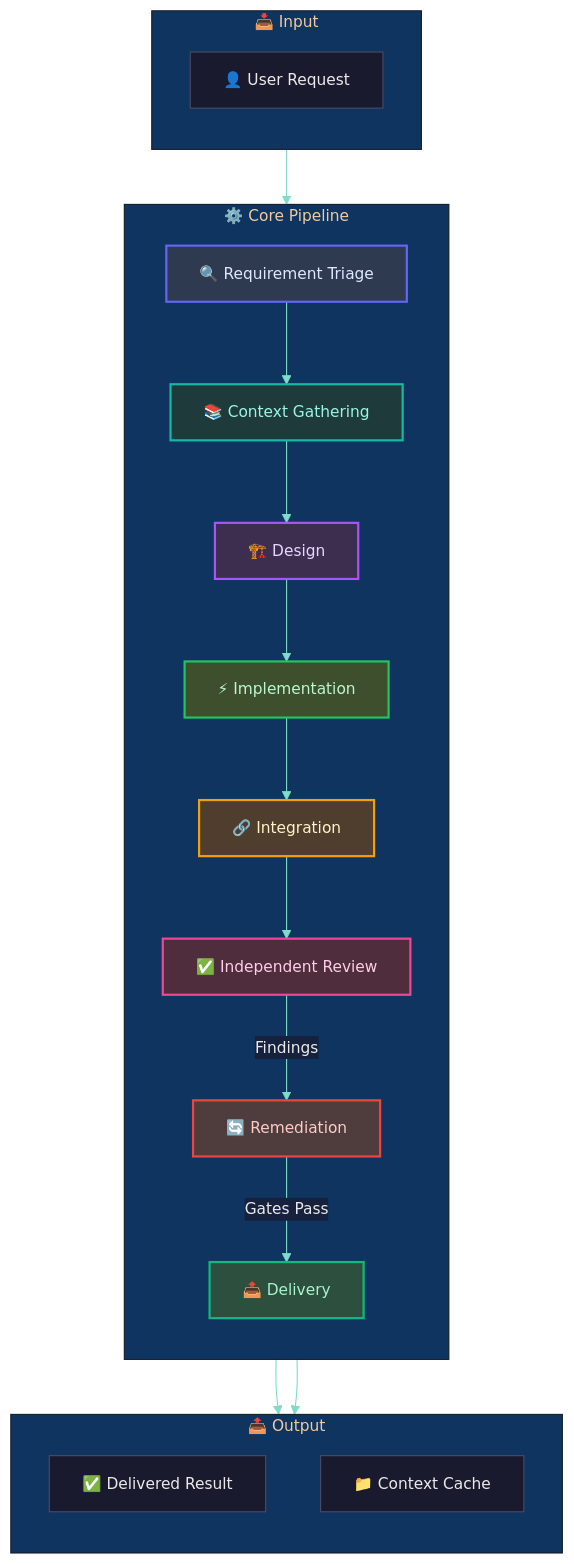
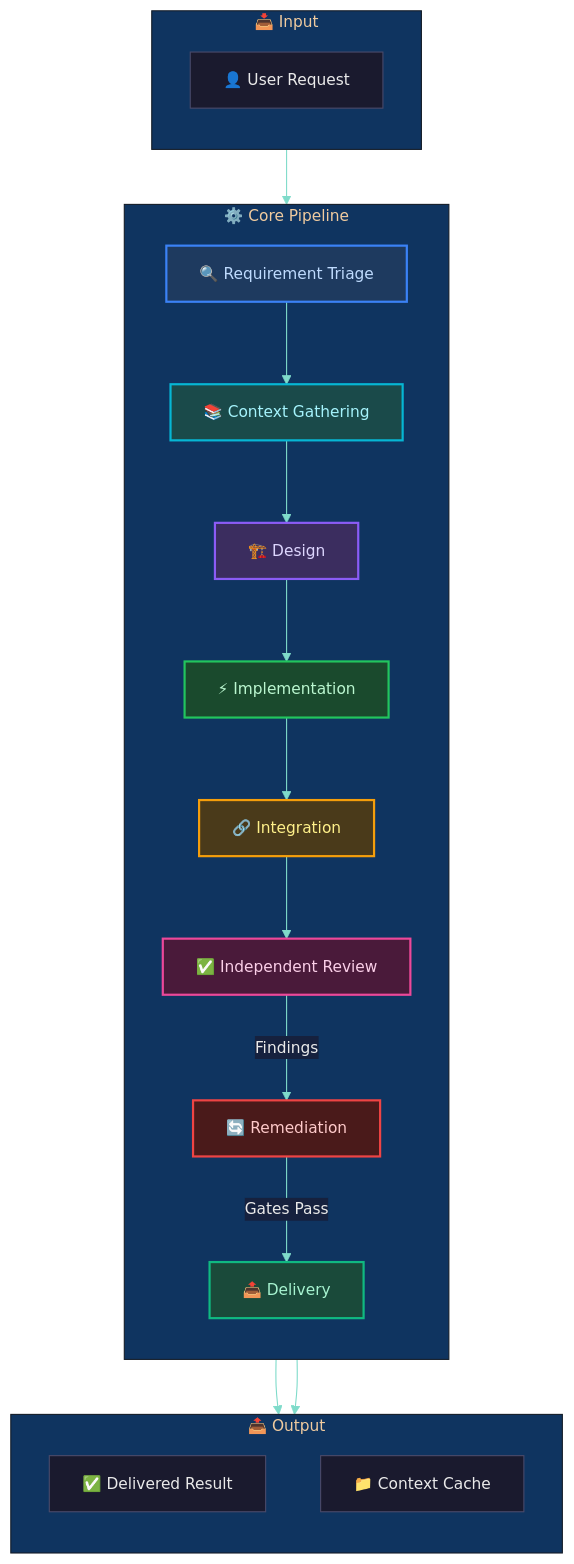
One commit to galpt/kilocode-agents changed the first of 2 diagrams in README.md. Above: the diagram before and after it, drawn with Mermaid. The commit also changed other lines of this file, not shown here.

Commit message:
fix: improve mermaid color contrast between stages

````diff
--- a/README.md
+++ b/README.md
@@ -33,55 +33,55 @@
 ```mermaid
 %%{init: {'theme': 'base', 'themeVariables': {'primaryColor': '#1a1a2e', 'primaryTextColor': '#eaeaea', 'primaryBorderColor': '#4a4a6a', 'lineColor': '#7fdbca', 'secondaryColor': '#16213e', 'tertiaryColor': '#0f3460', 'fontFamily': 'Inter, system-ui, sans-serif', 'fontSize': '14px'}}}%%
 flowchart TB
     subgraph INPUT["📥 Input"]
         direction TB
         USER["👤 User Request"]
     end
 
     subgraph CORE["⚙️ Core Pipeline"]
         direction TB
         T0["🔍 Requirement Triage"]
         T1["📚 Context Gathering"]
         T2["🏗️ Design"]
         T3["⚡ Implementation"]
         T4["🔗 Integration"]
         T5["✅ Independent Review"]
         T6["🔄 Remediation"]
         T7["📤 Delivery"]
     end
 
     subgraph OUTPUT["📤 Output"]
         direction TB
         RESULT["✅ Delivered Result"]
         ARTIFACTS["📁 Context Cache"]
     end
 
     USER --> T0
     T0 --> T1
     T1 --> T2
     T2 --> T3
     T3 --> T4
     T4 --> T5
     T5 -->|"Findings"| T6
     T6 -->|"Gates Pass"| T7
     T7 --> RESULT
     T7 --> ARTIFACTS
 
     T0:::triage
     T1:::context
     T2:::design
     T3:::impl
     T4:::integrate
     T5:::review
     T6:::remediate
     T7:::deliver
 
-    classDef triage fill:#2d3a4f,stroke:#6366f1,stroke-width:2px,color:#e0e7ff
-    classDef context fill:#1e3a3a,stroke:#14b8a6,stroke-width:2px,color:#99f6e4
-    classDef design fill:#3d2d4f,stroke:#a855f7,stroke-width:2px,color:#e9d5ff
-    classDef impl fill:#3d4f2d,stroke:#22c55e,stroke-width:2px,color:#bbf7d0
-    classDef integrate fill:#4f3d2d,stroke:#f59e0b,stroke-width:2px,color:#fef3c7
-    classDef review fill:#4f2d3d,stroke:#ec4899,stroke-width:2px,color:#fbcfe8
-    classDef remediate fill:#4f3d3d,stroke:#ef4444,stroke-width:2px,color:#fecaca
-    classDef deliver fill:#2d4f3d,stroke:#10b981,stroke-width:2px,color:#a7f3d0
+    classDef triage fill:#1e3a5f,stroke:#3b82f6,stroke-width:2px,color:#bfdbfe
+    classDef context fill:#1a4a4a,stroke:#06b6d4,stroke-width:2px,color:#a5f3fc
+    classDef design fill:#3b2d5f,stroke:#8b5cf6,stroke-width:2px,color:#ddd6fe
+    classDef impl fill:#1a4a2d,stroke:#22c55e,stroke-width:2px,color:#bbf7d0
+    classDef integrate fill:#4a3a1a,stroke:#f59e0b,stroke-width:2px,color:#fef08a
+    classDef review fill:#4a1a3a,stroke:#ec4899,stroke-width:2px,color:#fbcfe8
+    classDef remediate fill:#4a1a1a,stroke:#ef4444,stroke-width:2px,color:#fecaca
+    classDef deliver fill:#1a4a3a,stroke:#10b981,stroke-width:2px,color:#a7f3d0
 ```
````
